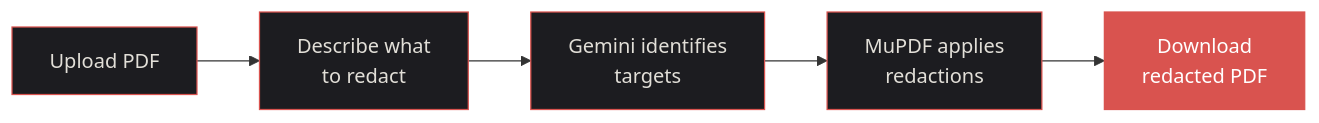
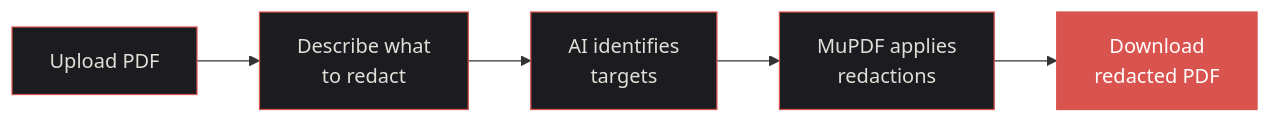
One commit to Siddharth-Khattar/redacta changed the first of 3 diagrams in README.md. Above: the diagram before and after it, drawn with Mermaid. The commit also changed other lines of this file, not shown here.

````diff
--- a/README.md
+++ b/README.md
@@ -31,13 +30,13 @@
 ```mermaid
 flowchart LR
     A["Upload PDF"] --> B["Describe what\nto redact"]
-    B --> C["Gemini identifies\ntargets"]
+    B --> C["AI identifies\ntargets"]
     C --> D["MuPDF applies\nredactions"]
     D --> E["Download\nredacted PDF"]
 
     style A fill:#1c1c20,stroke:#d9534f,color:#e2dfd8
     style B fill:#1c1c20,stroke:#d9534f,color:#e2dfd8
     style C fill:#1c1c20,stroke:#d9534f,color:#e2dfd8
     style D fill:#1c1c20,stroke:#d9534f,color:#e2dfd8
     style E fill:#d9534f,stroke:#d9534f,color:#fff
 ```
````
